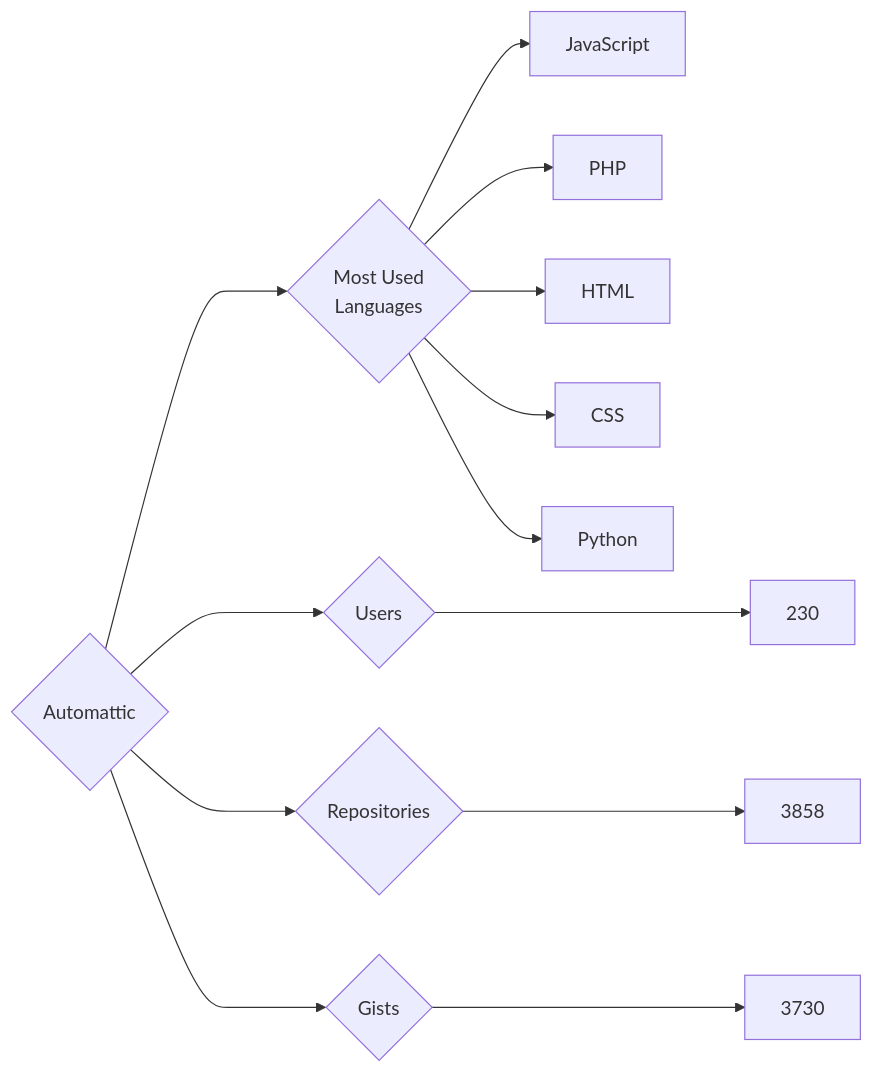
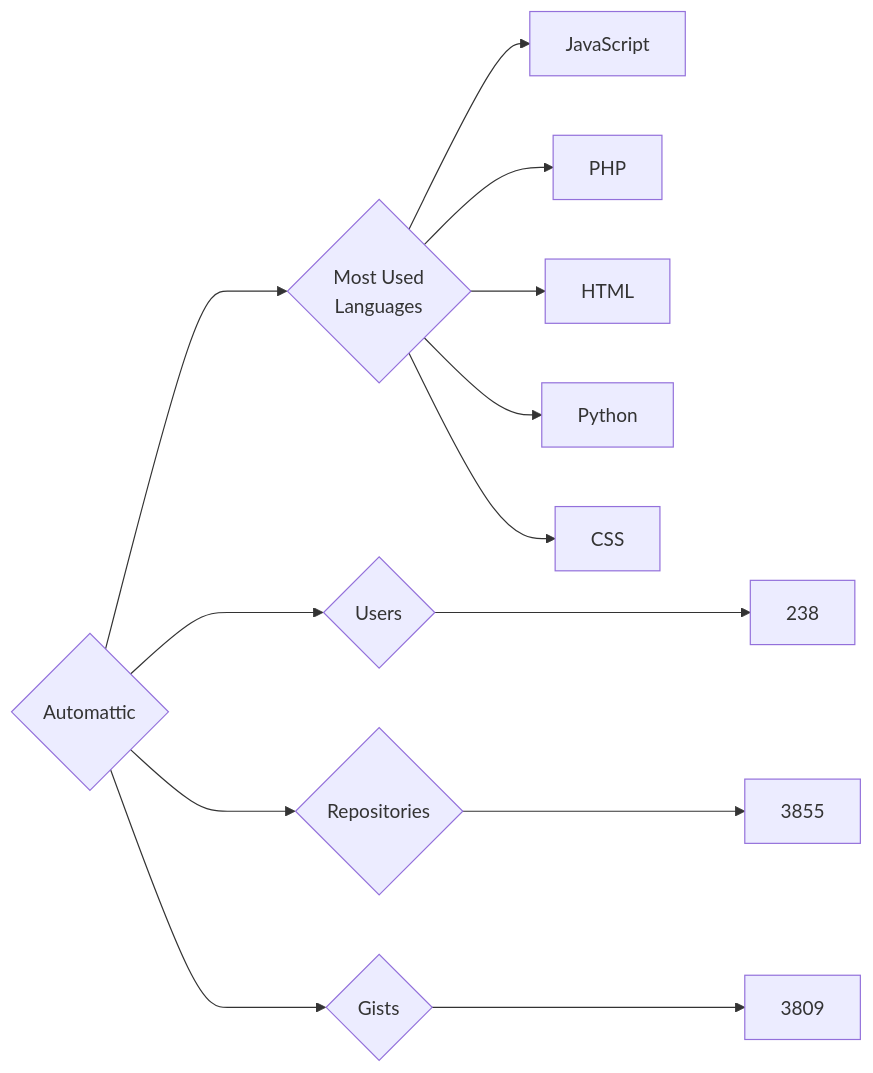
The diagram in targets/Automattic/README.md (trickest/insiders), drawn with Mermaid before and after one commit. The commit also changed 900 other files, not shown here.

````diff
--- a/targets/Automattic/README.md
+++ b/targets/Automattic/README.md
@@ -3,13 +3,13 @@
 ```mermaid
 graph LR
 COMPANY_NAME{Automattic}
-COMPANY_NAME ---> U{Users} ---> UN[230]
-COMPANY_NAME ---> R{Repositories} ---> RN[3858]
-COMPANY_NAME ---> G{Gists} ---> GN[3730]
+COMPANY_NAME ---> U{Users} ---> UN[238]
+COMPANY_NAME ---> R{Repositories} ---> RN[3855]
+COMPANY_NAME ---> G{Gists} ---> GN[3809]
 COMPANY_NAME ---> ML{Most Used<br>Languages}
 ML --> JavaScript[JavaScript]
 ML --> PHP[PHP]
 ML --> HTML[HTML]
+ML --> Python[Python]
 ML --> CSS[CSS]
-ML --> Python[Python]
 ```
````
